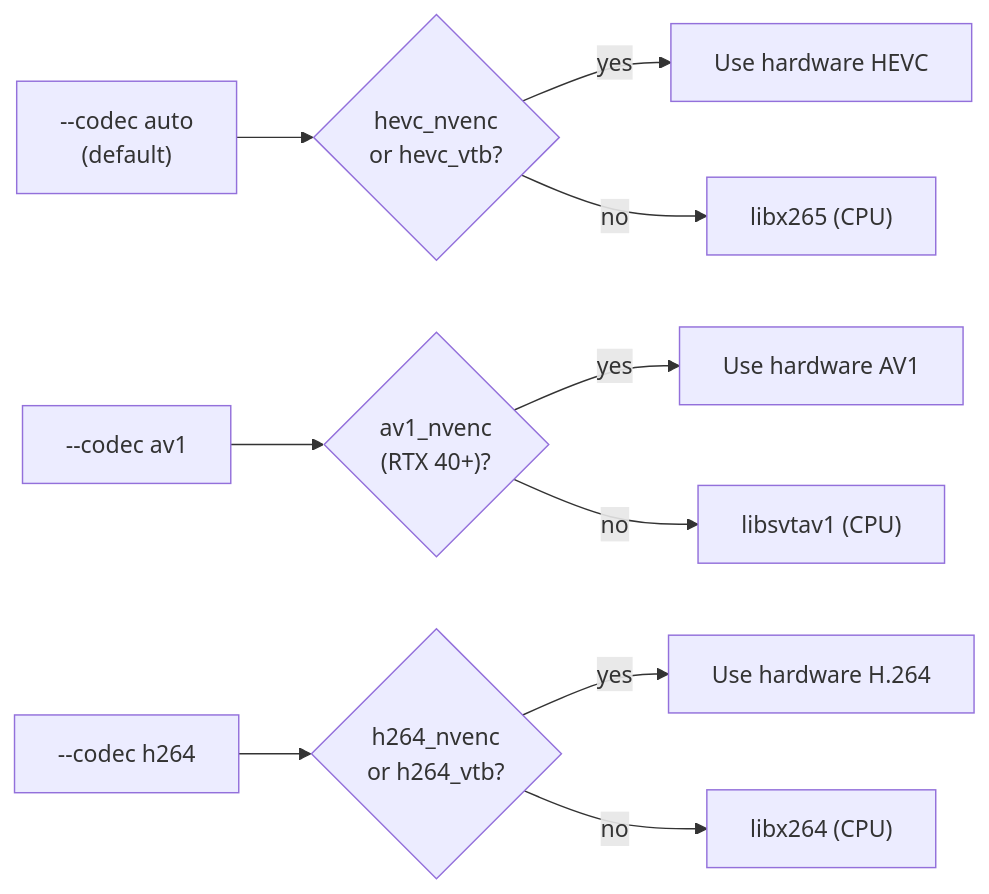
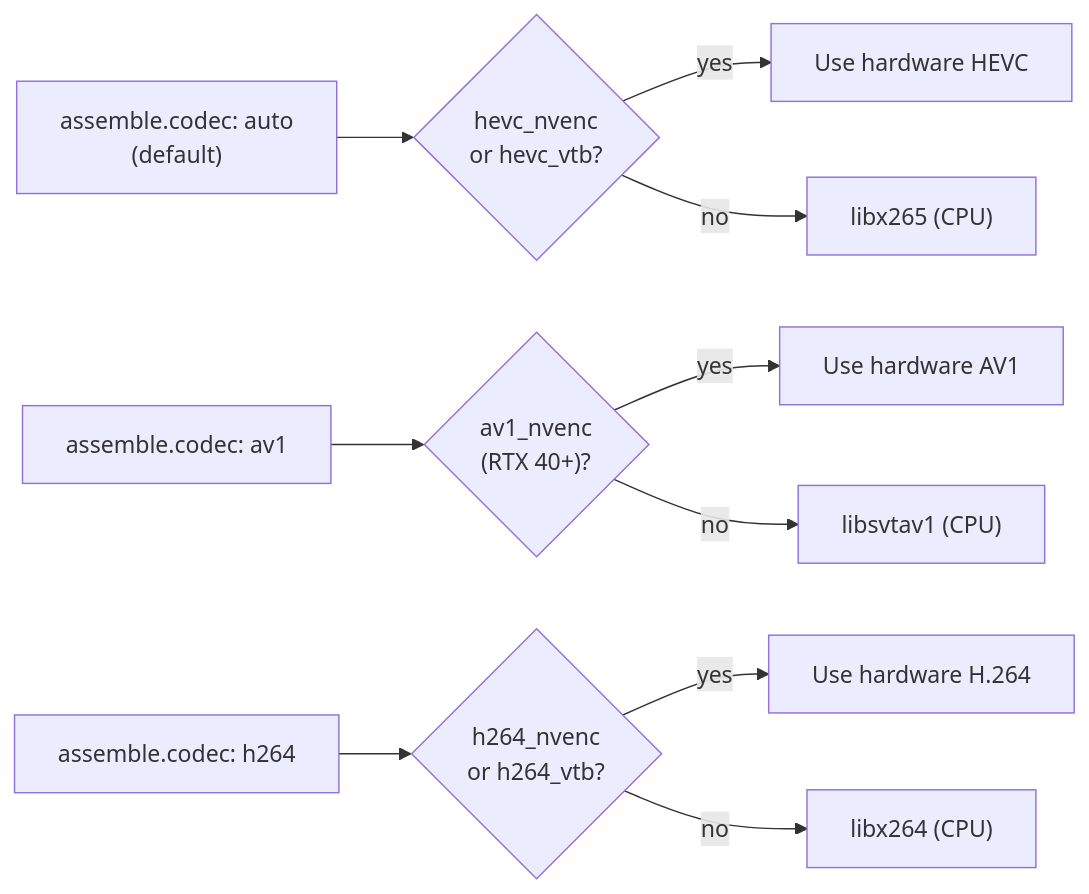
Before and after one commit to Guoyuer/reelsmith: the seventh of 11 diagrams in docs/architecture.md, drawn with Mermaid. The commit also changed other lines of this file and 12 other files, not shown here.

````diff
--- a/docs/architecture.md
+++ b/docs/architecture.md
@@ -232,14 +232,14 @@
 ```mermaid
 flowchart LR
-    AUTO["--codec auto<br/>(default)"] --> HEVC_HW{"hevc_nvenc<br/>or hevc_vtb?"}
+    AUTO["assemble.codec: auto<br/>(default)"] --> HEVC_HW{"hevc_nvenc<br/>or hevc_vtb?"}
     HEVC_HW -->|yes| USE_HW["Use hardware HEVC"]
     HEVC_HW -->|no| LIBX265["libx265 (CPU)"]
 
-    AV1["--codec av1"] --> AV1_HW{"av1_nvenc<br/>(RTX 40+)?"}
+    AV1["assemble.codec: av1"] --> AV1_HW{"av1_nvenc<br/>(RTX 40+)?"}
     AV1_HW -->|yes| USE_AV1["Use hardware AV1"]
     AV1_HW -->|no| SVT["libsvtav1 (CPU)"]
 
-    H264["--codec h264"] --> H264_HW{"h264_nvenc<br/>or h264_vtb?"}
+    H264["assemble.codec: h264"] --> H264_HW{"h264_nvenc<br/>or h264_vtb?"}
     H264_HW -->|yes| USE_264["Use hardware H.264"]
     H264_HW -->|no| LIBX264["libx264 (CPU)"]
 ```
````
